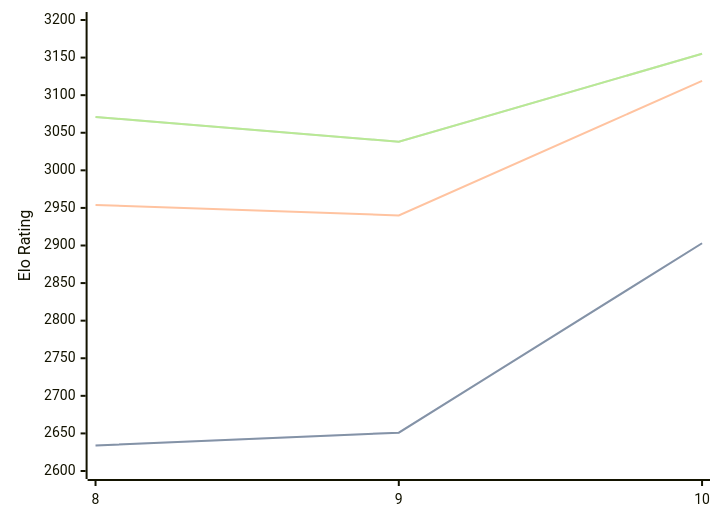
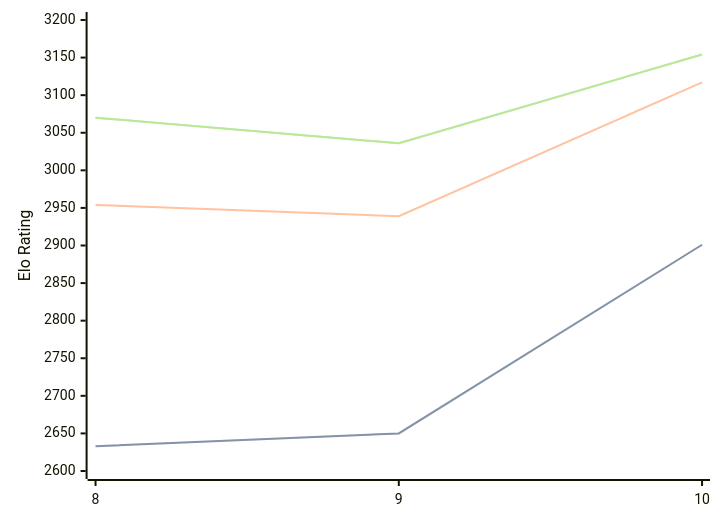
The diagram in engines/Lozza.md (computer-chess-index/cci), drawn with Mermaid before and after one commit. The commit also changed other lines of this file, not shown here.

Commit message:
Update CCI Ratings (ELO VLTC) - 2026-04-26

````diff
--- a/engines/Lozza.md
+++ b/engines/Lozza.md
@@ -41,11 +41,11 @@
 ```mermaid
 %%{init: {"theme":"base","themeVariables":{"seriesColors:['#a3a3a3','#222221','#faa371']}}}%%
 xychart-beta
   x-axis ["8", "9", "10"]
   y-axis "Elo Rating" 2600 --> 3200
-  line "STC (8.0+0.08s)" [2634, 2651, 2903]
-  line "STC (8.0+0.08s)" [2634, 2651, 2903]
-  line "LTC (60.0+0.60s)" [2954, 2940, 3119]
-  line "VLTC (2m24s+1.12s)" [3071, 3038, 3155]
-  line "VLTC (2m24s+1.12s)" [3071, 3038, 3155]
+  line "STC (8.0+0.08s)" [2633, 2650, 2901]
+  line "STC (8.0+0.08s)" [2633, 2650, 2901]
+  line "LTC (60.0+0.60s)" [2954, 2939, 3117]
+  line "VLTC (2m24s+1.12s)" [3070, 3036, 3154]
+  line "VLTC (2m24s+1.12s)" [3070, 3036, 3154]
 ```
````
